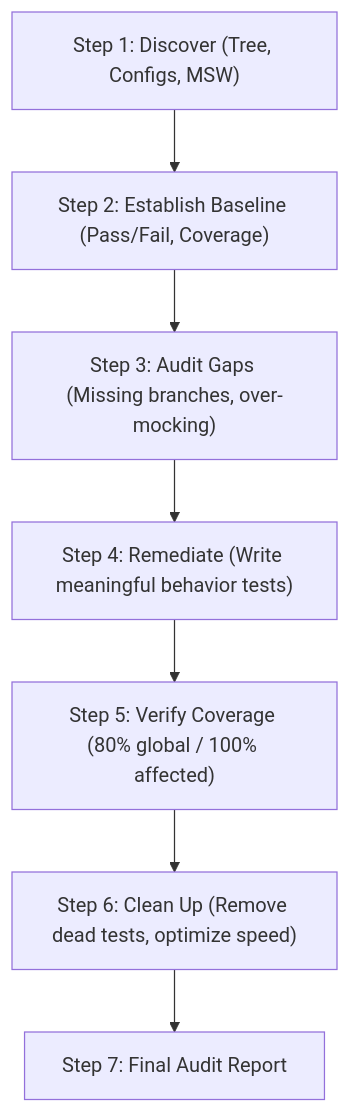
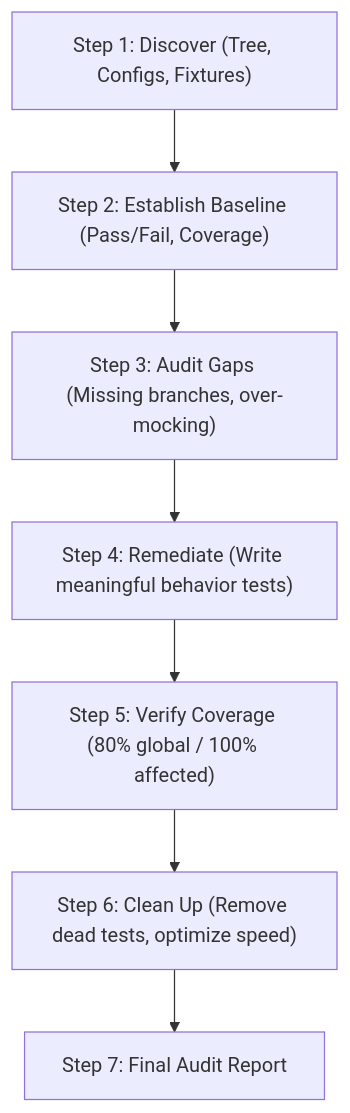
Before and after one commit to oleh-kazban/dayz-server-manager: the diagram in .agents/skills/tests-implementation.md, drawn with Mermaid. The commit also changed other lines of this file and 13 other files, not shown here.

````diff
--- a/.agents/skills/tests-implementation.md
+++ b/.agents/skills/tests-implementation.md
@@ -224,9 +220,9 @@
 ```mermaid
 flowchart TD
-    Step1["Step 1: Discover (Tree, Configs, MSW)"] --> Step2["Step 2: Establish Baseline (Pass/Fail, Coverage)"]
+    Step1["Step 1: Discover (Tree, Configs, Fixtures)"] --> Step2["Step 2: Establish Baseline (Pass/Fail, Coverage)"]
     Step2 --> Step3["Step 3: Audit Gaps (Missing branches, over-mocking)"]
     Step3 --> Step4["Step 4: Remediate (Write meaningful behavior tests)"]
     Step4 --> Step5["Step 5: Verify Coverage (80% global / 100% affected)"]
     Step5 --> Step6["Step 6: Clean Up (Remove dead tests, optimize speed)"]
     Step6 --> Step7["Step 7: Final Audit Report"]
 ```
````
